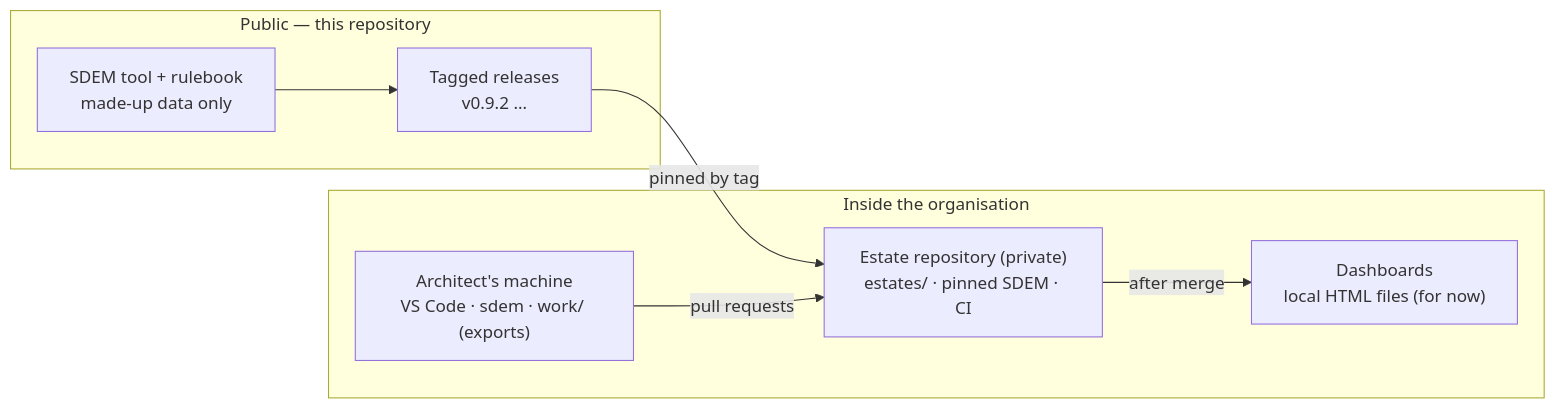
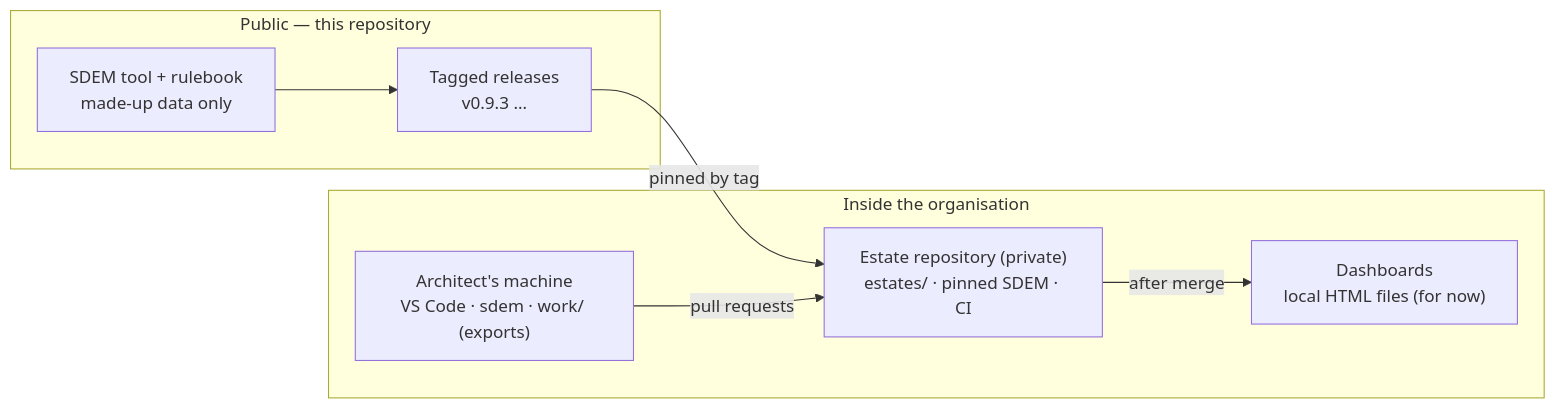
Before and after one commit to taumoeps/bian-sdem-framework: the diagram in docs/sdem-operating-model.md, drawn with Mermaid. The commit also changed other lines of this file and 62 other files, not shown here.

````diff
--- a/docs/sdem-operating-model.md
+++ b/docs/sdem-operating-model.md
@@ -7,14 +7,14 @@
 ```mermaid
 flowchart LR
     subgraph PUB["Public — this repository"]
-      T["SDEM tool + rulebook<br/>made-up data only"] --> REL["Tagged releases<br/>v0.9.2 …"]
+      T["SDEM tool + rulebook<br/>made-up data only"] --> REL["Tagged releases<br/>v0.9.3 …"]
     end
     subgraph ORG["Inside the organisation"]
       ER["Estate repository (private)<br/>estates/ · pinned SDEM · CI"]
       WS["Architect's machine<br/>VS Code · sdem · work/ (exports)"]
       H["Dashboards<br/>local HTML files (for now)"]
     end
     REL -- "pinned by tag" --> ER
     WS -- "pull requests" --> ER
     ER -- "after merge" --> H
 ```
````
